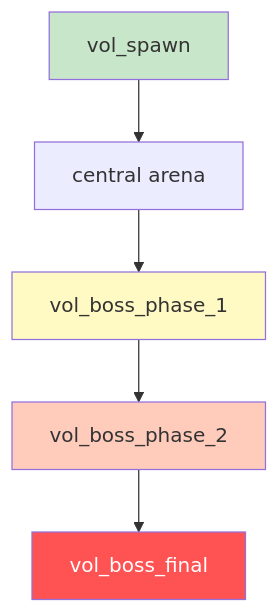
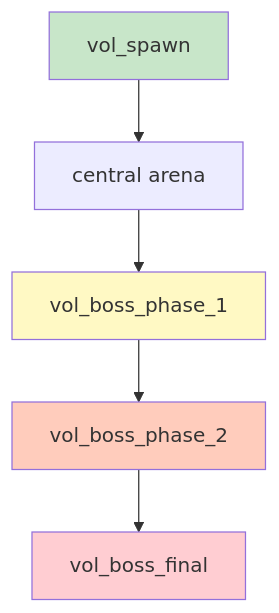
One commit to hiroxpepe/briko changed diagram 29 of 39 in docs/briko_spec.md. Above: the diagram before and after it, drawn with Mermaid. The commit also changed other lines of this file and 25 other files, not shown here.

````diff
--- a/docs/briko_spec.md
+++ b/docs/briko_spec.md
@@ -1266,18 +1265,18 @@
 ```mermaid
 graph TB
     Spawn[vol_spawn]
     Arena[central arena]
     Phase1[vol_boss_phase_1]
     Phase2[vol_boss_phase_2]
     Final[vol_boss_final]
 
     Spawn --> Arena
     Arena --> Phase1
     Phase1 --> Phase2
     Phase2 --> Final
 
     style Spawn fill:#c8e6c9
     style Phase1 fill:#fff9c4
     style Phase2 fill:#ffccbc
-    style Final fill:#ff5252,color:#fff
+    style Final fill:#ffcdd2
 ```
````
